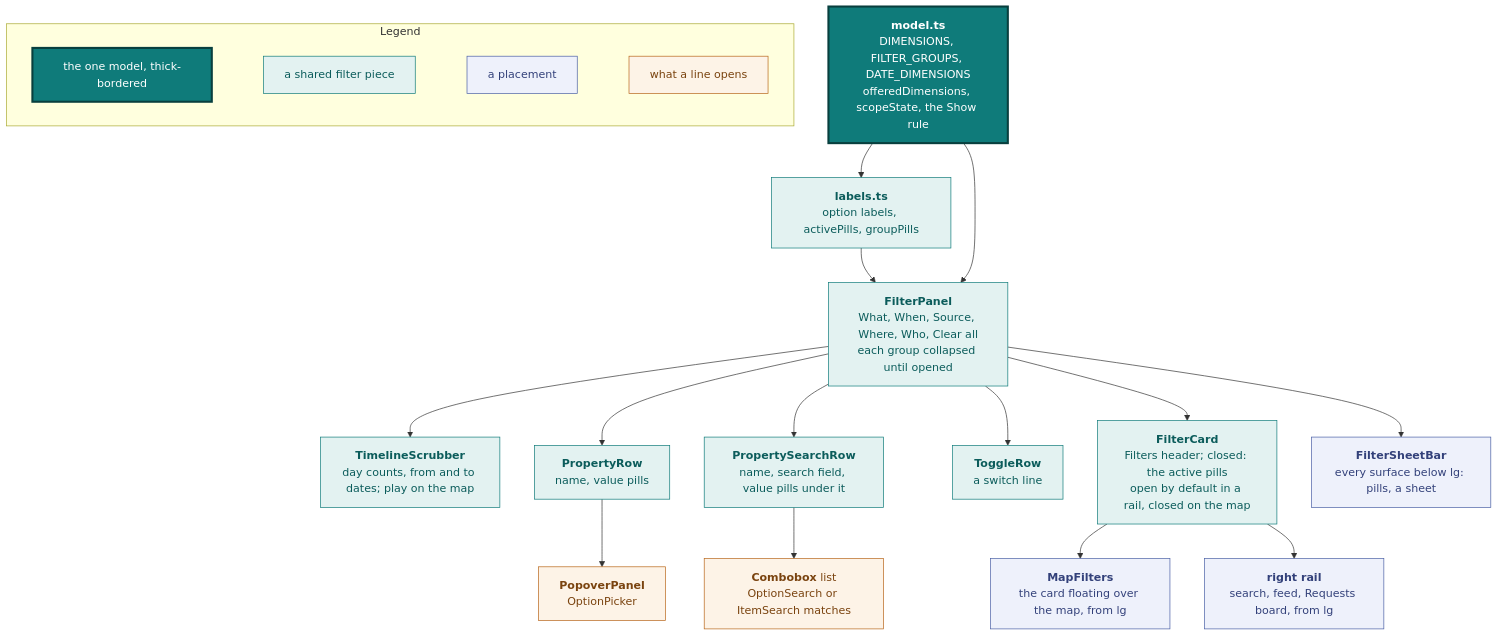
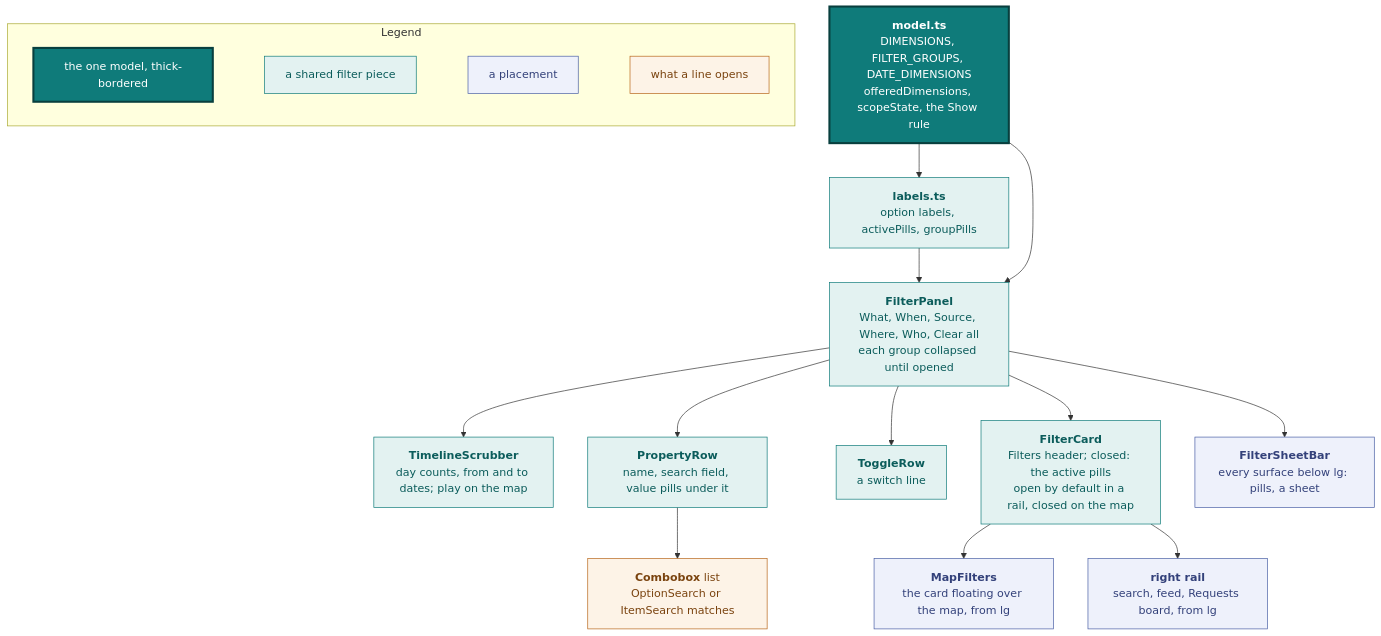
One commit to vidithq/vidit changed the eighth of 23 diagrams in docs/design.md. Above: the diagram before and after it, drawn with Mermaid. The commit also changed other lines of this file and 35 other files, not shown here.

````diff
--- a/docs/design.md
+++ b/docs/design.md
@@ -767,57 +769,52 @@
 ```mermaid
 flowchart TB
   classDef core fill:#0f7b7a,stroke:#083f3e,stroke-width:3px,color:#ffffff
   classDef shared fill:#e3f2f1,stroke:#0f7b7a,color:#0b5c5b
   classDef page fill:#eef1fb,stroke:#4a5fa5,color:#33417a
   classDef state fill:#fdf3e7,stroke:#b8661a,color:#7a430f
 
   subgraph legend [Legend]
     direction LR
     l1["`the one model, thick-bordered`"]:::core
     l2["`a shared filter piece`"]:::shared
     l3["`a placement`"]:::page
     l4["`what a line opens`"]:::state
     l1 ~~~ l2 ~~~ l3 ~~~ l4
   end
 
   model["`**model.ts**
   DIMENSIONS, FILTER_GROUPS, DATE_DIMENSIONS
   offeredDimensions, scopeState, the Show rule`"]:::core
   labels["`**labels.ts**
   option labels, activePills, groupPills`"]:::shared
   panel["`**FilterPanel**
   What, When, Source, Where, Who, Clear all
   each group collapsed until opened`"]:::shared
   timeline["`**TimelineScrubber**
   day counts, from and to dates; play on the map`"]:::shared
   line["`**PropertyRow**
-  name, value pills`"]:::shared
-  search["`**PropertySearchRow**
   name, search field, value pills under it`"]:::shared
   toggle["`**ToggleRow**
   a switch line`"]:::shared
-  editor["`**PopoverPanel**
-  OptionPicker`"]:::state
   matches["`**Combobox** list
   OptionSearch or ItemSearch matches`"]:::state
   card["`**FilterCard**
   Filters header; closed: the active pills
   open by default in a rail, closed on the map`"]:::shared
   map["`**MapFilters**
   the card floating over the map, from lg`"]:::page
   rail["`**right rail**
   search, feed, Requests board, from lg`"]:::page
   phone["`**FilterSheetBar**
   every surface below lg: pills, a sheet`"]:::page
 
   model --> labels --> panel
   model --> panel
   panel --> timeline
-  panel --> line --> editor
-  panel --> search --> matches
+  panel --> line --> matches
   panel --> toggle
   panel --> card
   card --> map
   card --> rail
   panel --> phone
 ```
````
